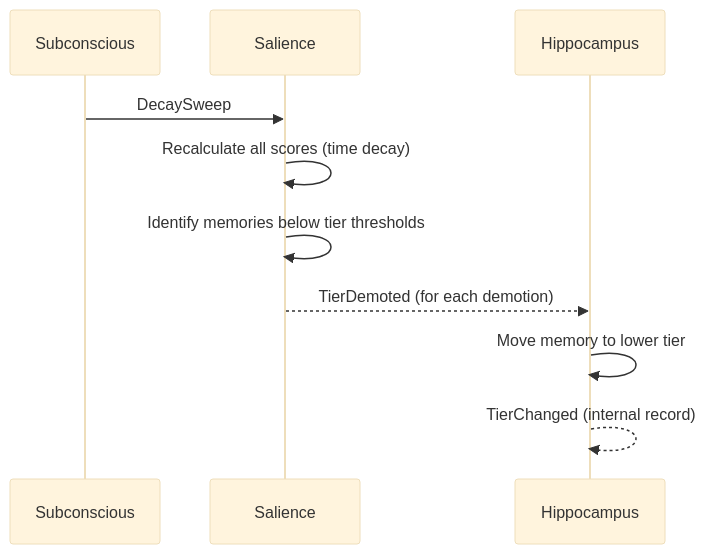
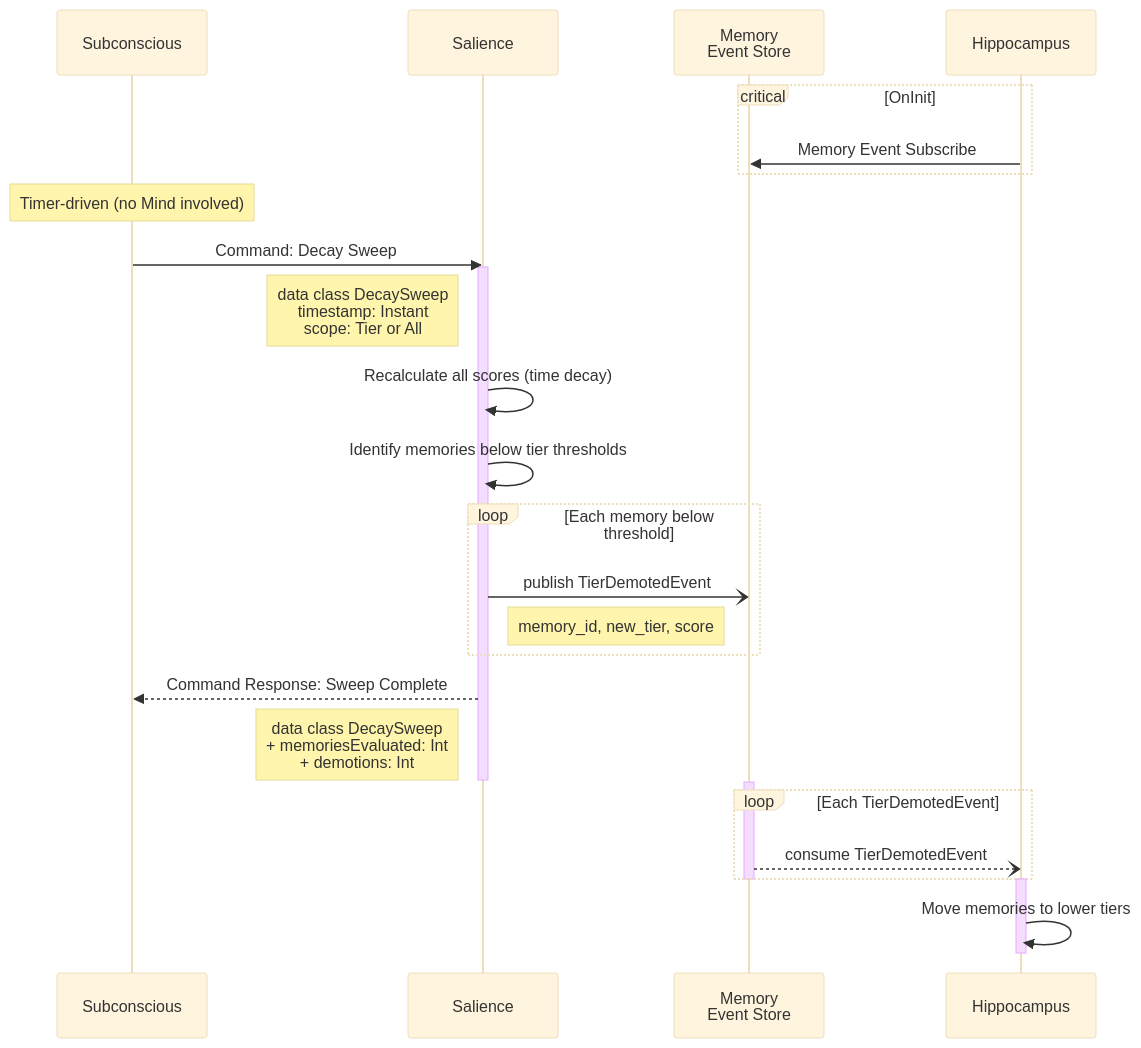
One commit to Mimis-Gildi/mcp-total-recall changed the diagram in site/_includes/diagrams/msg-0004-decay-sweep.mmd. Above: the diagram before and after it, drawn with Mermaid (base theme). The commit also changed 2 other files, not shown here.

Commit message:
Completed sequences.

```diff
--- a/site/_includes/diagrams/msg-0004-decay-sweep.mmd
+++ b/site/_includes/diagrams/msg-0004-decay-sweep.mmd
@@ -1,11 +1,36 @@
 sequenceDiagram
     participant SB as Subconscious
     participant SL as Salience
+    participant ES as Memory<br/> Event Store
     participant HP as Hippocampus
 
-    SB->>SL: DecaySweep
+    critical OnInit
+        HP ->> ES: Memory Event Subscribe
+    end
+
+    Note over SB: Timer-driven (no Mind involved)
+    SB->>SL: Command: Decay Sweep
+    activate SL
+    Note left of SL: data class DecaySweep<br/>timestamp: Instant<br/>scope: Tier or All
+
     SL->>SL: Recalculate all scores (time decay)
     SL->>SL: Identify memories below tier thresholds
-    SL-->>HP: TierDemoted (for each demotion)
-    HP->>HP: Move memory to lower tier
-    HP-->>HP: TierChanged (internal record)
+
+    loop Each memory below threshold
+        SL-)ES: publish TierDemotedEvent
+        Note right of SL: memory_id, new_tier, score
+    end
+
+    SL-->>SB: Command Response: Sweep Complete
+    Note left of SL: data class DecaySweep<br/>+ memoriesEvaluated: Int<br/>+ demotions: Int
+    deactivate SL
+
+    activate ES
+    loop Each TierDemotedEvent
+        ES--)HP: consume TierDemotedEvent
+    end
+    deactivate ES
+
+    activate HP
+    HP->>HP: Move memories to lower tiers
+    deactivate HP
```
